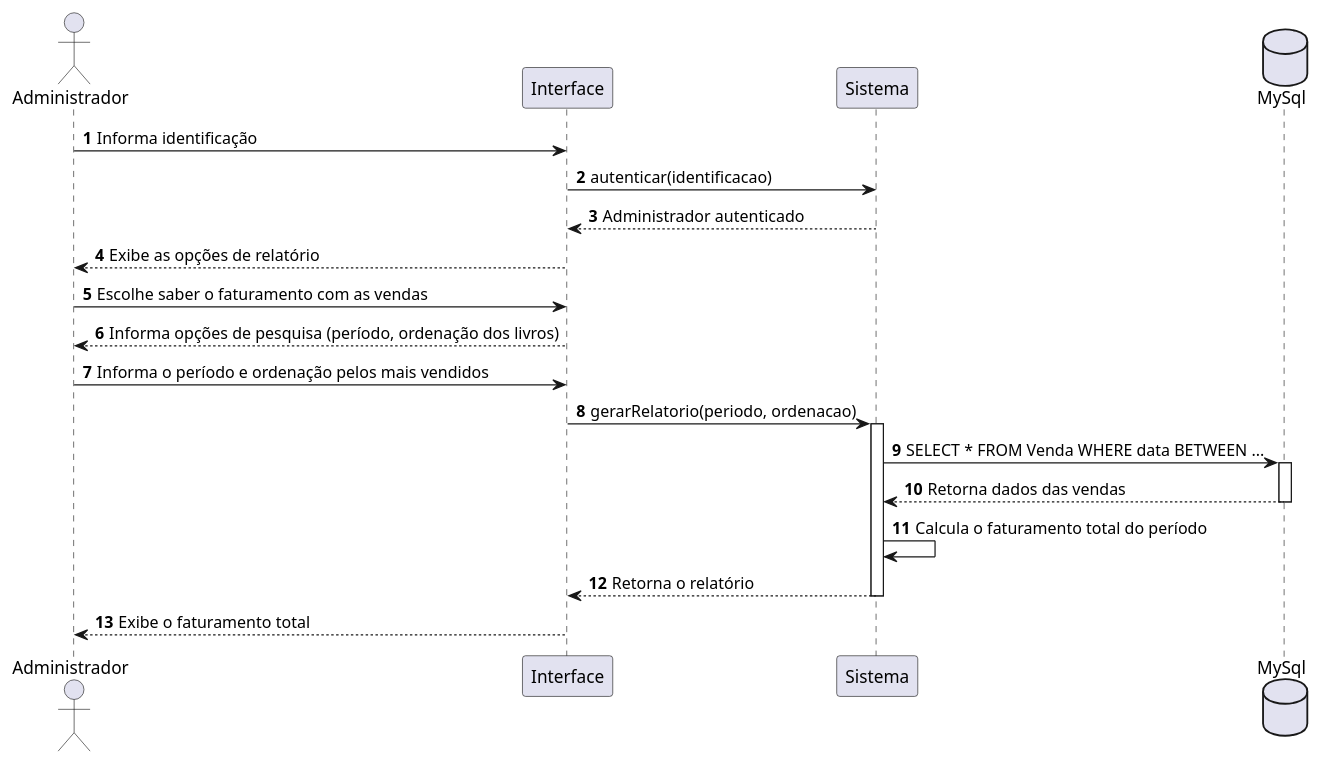
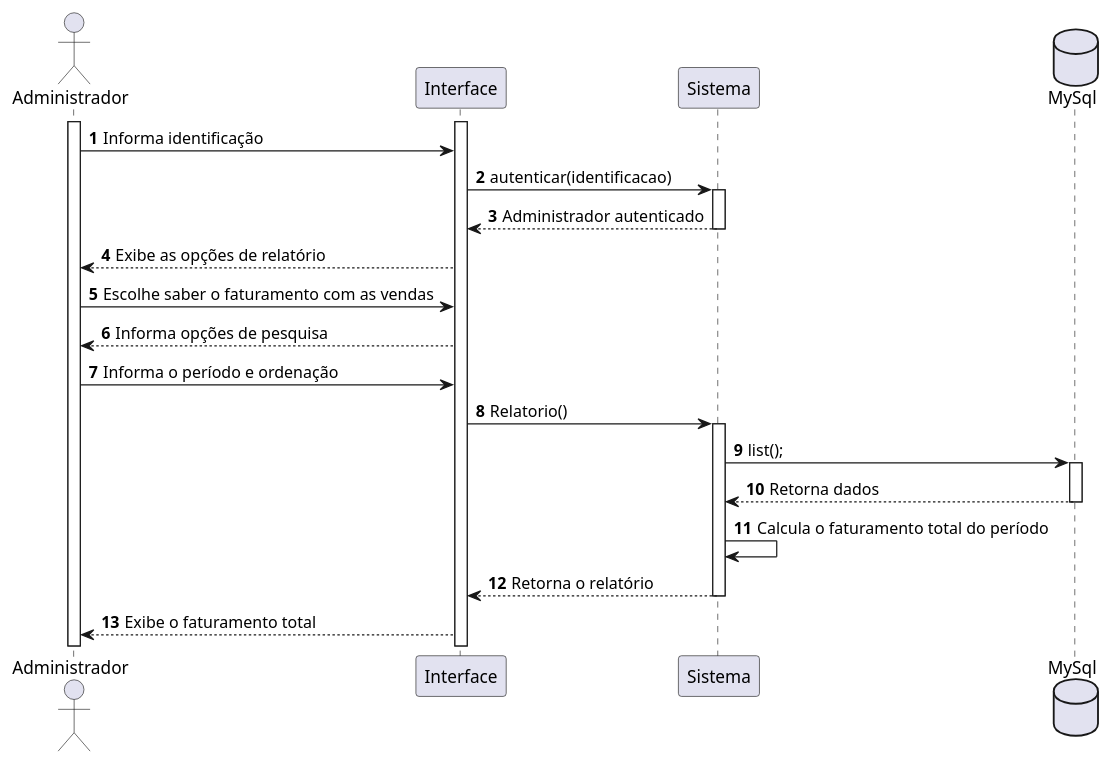
One commit to Gnunes27/Projeto-DSC changed the fifth of 8 diagrams in Documentação/Diagramas/Diagramas de Sequencia/Script Diagramas de Sequencia.md. Above: the diagram before and after it, drawn with PlantUML. The commit also changed other lines of this file, not shown here.

Commit message:
Refatorando diagramas de sequência e atualizando interações

````diff
--- a/Documentação/Diagramas/Diagramas de Sequencia/Script Diagramas de Sequencia.md
+++ b/Documentação/Diagramas/Diagramas de Sequencia/Script Diagramas de Sequencia.md
@@ -208,33 +256,39 @@
 ```plantuml
 @startuml
 autonumber
 
 actor "Administrador" as Adm
 participant "Interface" as Tela
 participant "Sistema" as Sis
 database "MySql" as BD
 
+activate Adm
+activate Tela
+
 Adm -> Tela: Informa identificação
 Tela -> Sis: autenticar(identificacao)
+activate Sis
 Sis --> Tela: Administrador autenticado
+deactivate Sis
 Tela --> Adm: Exibe as opções de relatório
 
 Adm -> Tela: Escolhe saber o faturamento com as vendas
-Tela --> Adm: Informa opções de pesquisa (período, ordenação dos livros)
+Tela --> Adm: Informa opções de pesquisa 
 
-Adm -> Tela: Informa o período e ordenação pelos mais vendidos
-Tela -> Sis: gerarRelatorio(periodo, ordenacao)
+Adm -> Tela: Informa o período e ordenação 
+Tela -> Sis: Relatorio()
 activate Sis
 
-Sis -> BD: SELECT * FROM Venda WHERE data BETWEEN ...
+Sis -> BD: list();
 activate BD
-BD --> Sis: Retorna dados das vendas 
+BD --> Sis: Retorna dados 
 deactivate BD
 
 Sis -> Sis: Calcula o faturamento total do período
 Sis --> Tela: Retorna o relatório 
 deactivate Sis
 
 Tela --> Adm: Exibe o faturamento total 
 @enduml
+
 ```
````
